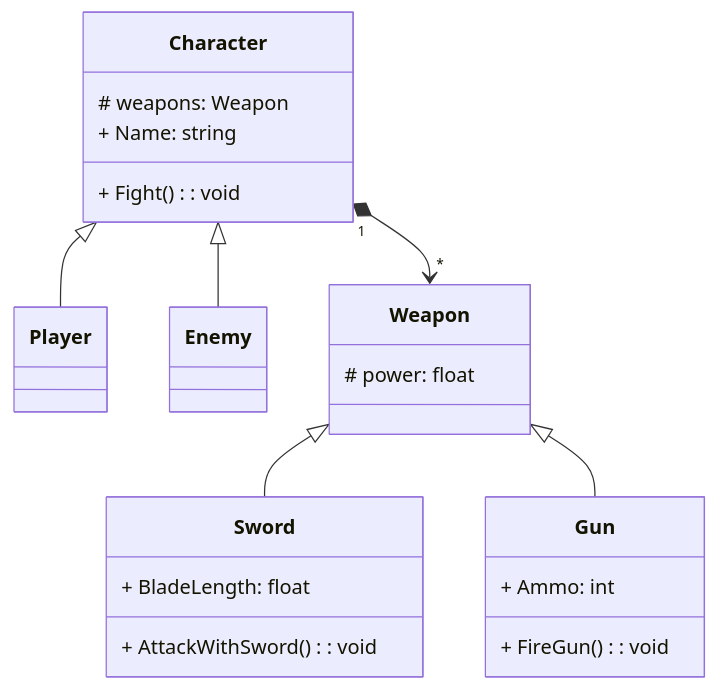
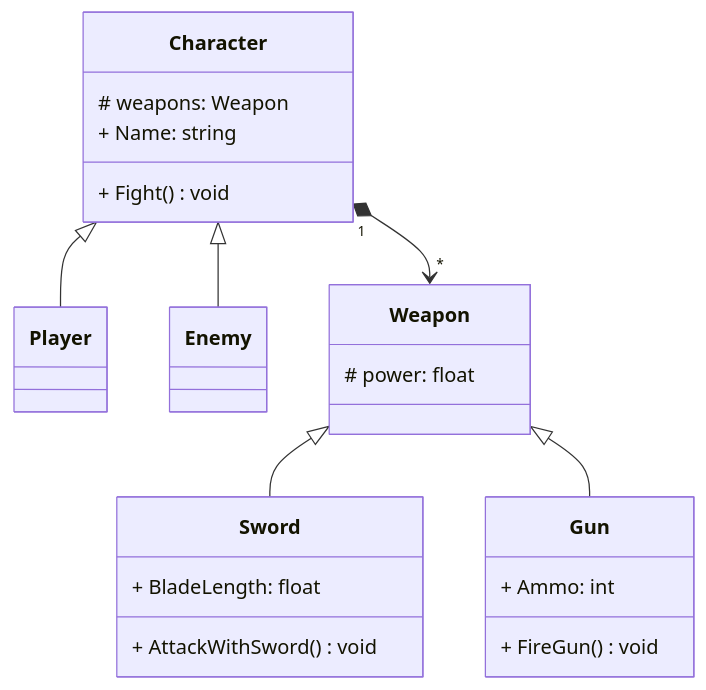
One commit to BrunoSilvaAlegria/LP1Semana07 changed the diagram in MiniGame/README.md. Above: the diagram before and after it, drawn with Mermaid. The commit also changed other lines of this file, not shown here.

Commit message:
Ex 4, corrected classes methods

````diff
--- a/MiniGame/README.md
+++ b/MiniGame/README.md
@@ -1,39 +1,39 @@
 ``` mermaid
 
       classDiagram
       class Character {
             # weapons: Weapon
             + Name: string
-            + Fight(): void
+            + Fight() void
 
             
       }
 
       class Player {
             
       }
 
       class Enemy {
 
       }
 
       class Weapon {
             # power: float
       }
 
       class Sword {
             + BladeLength: float 
-            + AttackWithSword(): void
+            + AttackWithSword() void
       }
 
       class Gun {
             + Ammo: int
-            + FireGun(): void
+            + FireGun() void
       }
 
       Character "1" *--> "*" Weapon
       Character <|-- Player
       Character <|-- Enemy
       Weapon <|-- Sword
       Weapon <|-- Gun
 ```
````
